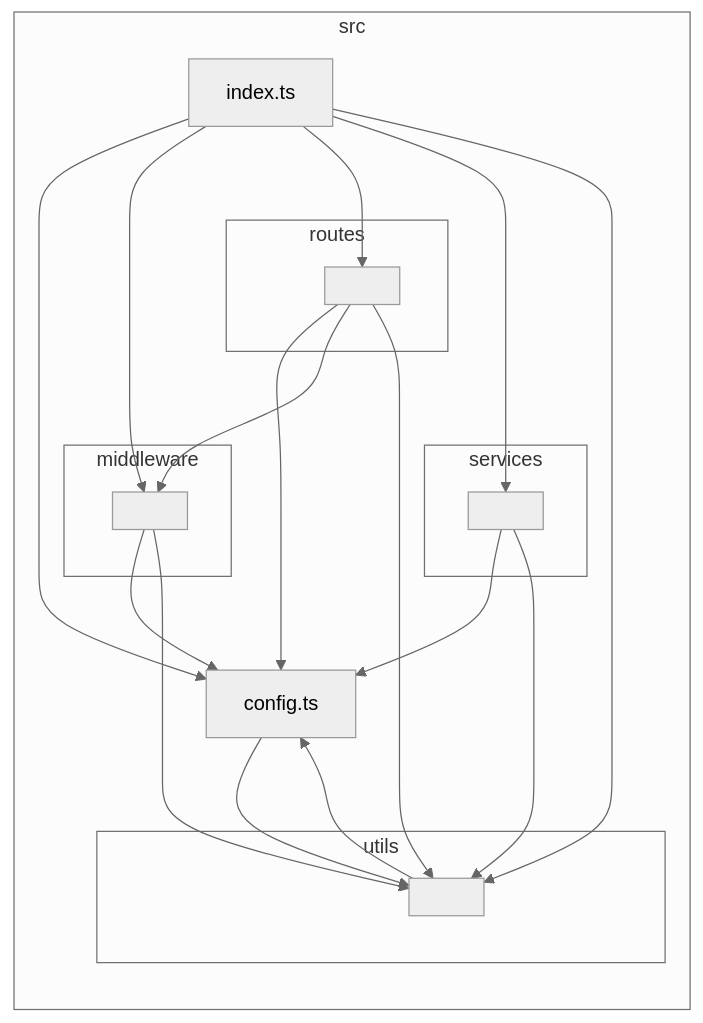
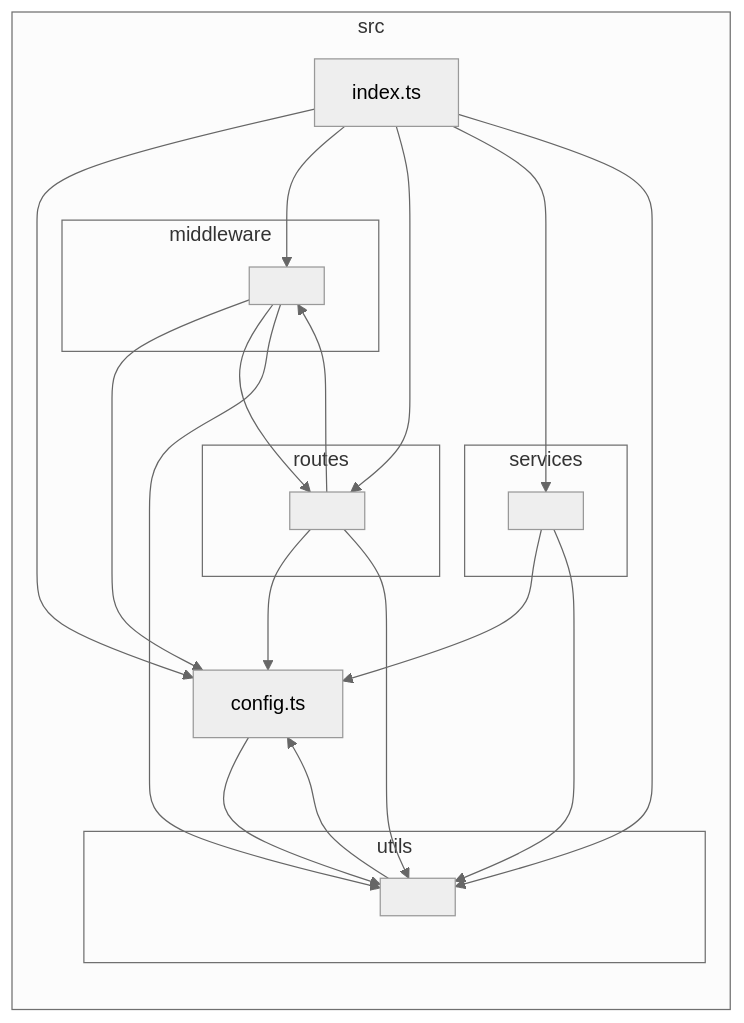
The diagram in docs/architecture/generated/gateway.md (nekoguntai-castle/sanctuary), drawn with Mermaid (neutral theme) before and after one commit. The commit also changed 8 other files, not shown here.

````diff
--- a/docs/architecture/generated/gateway.md
+++ b/docs/architecture/generated/gateway.md
@@ -19,34 +19,35 @@
 ```mermaid
 flowchart LR
 
 subgraph 0["src"]
 1["config.ts"]
 2["index.ts"]
 subgraph 3["middleware"]
 4[" "]
 end
 subgraph 5["routes"]
 6[" "]
 end
 subgraph 7["services"]
 8[" "]
 end
 subgraph 9["utils"]
 A[" "]
 end
 end
 1-->A
 2-->1
 2-->4
 2-->6
 2-->8
 2-->A
 4-->1
+4-->6
 4-->A
 6-->1
 6-->4
 6-->A
 8-->1
 8-->A
 A-->1
 ```
````
